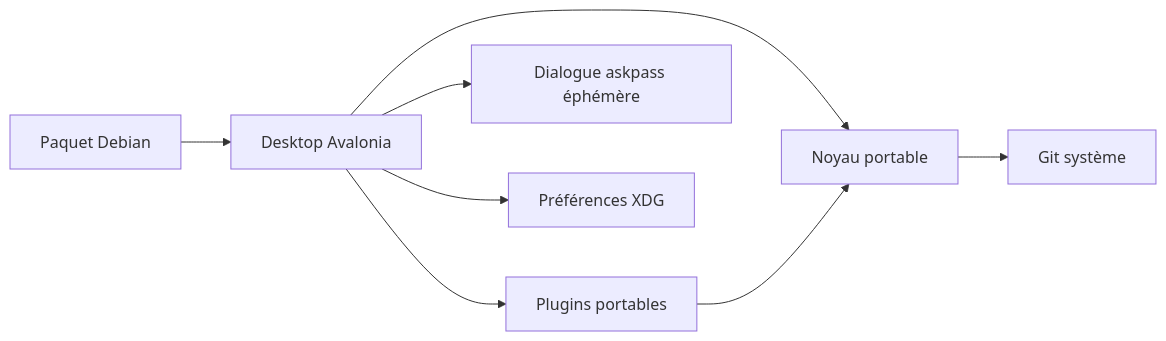
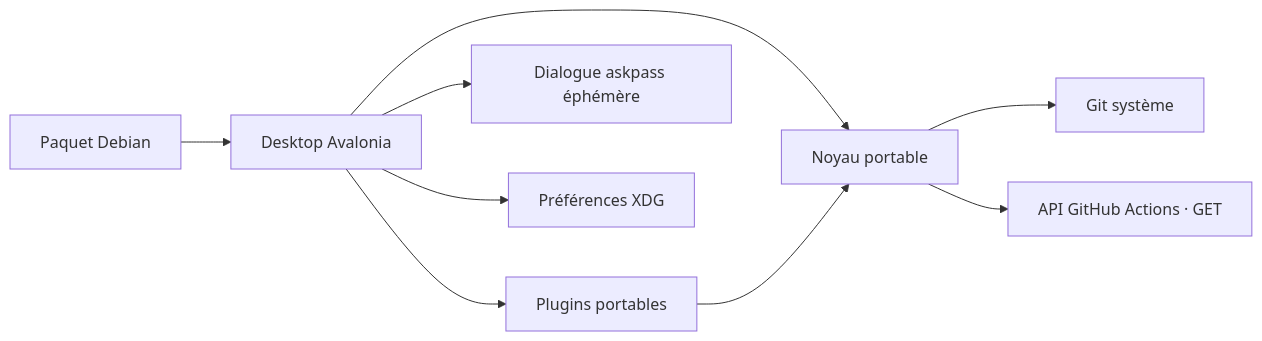
The second of 2 diagrams in .agents/docs/c4.md (Azreal42/gitextensions), drawn with Mermaid before and after one commit. The commit also changed other lines of this file and 11 other files, not shown here.

````diff
--- a/.agents/docs/c4.md
+++ b/.agents/docs/c4.md
@@ -19,10 +19,11 @@
 ```mermaid
 flowchart LR
   UI[Desktop Avalonia] --> CORE[Noyau portable]
   CORE --> CLI[Git système]
+  CORE --> ACTIONS[API GitHub Actions · GET]
   UI --> PLUGINS[Plugins portables]
   PLUGINS --> CORE
   UI --> AUTH[Dialogue askpass éphémère]
   UI --> XDG[Préférences XDG]
   DEB[Paquet Debian] --> UI
 ```
````
